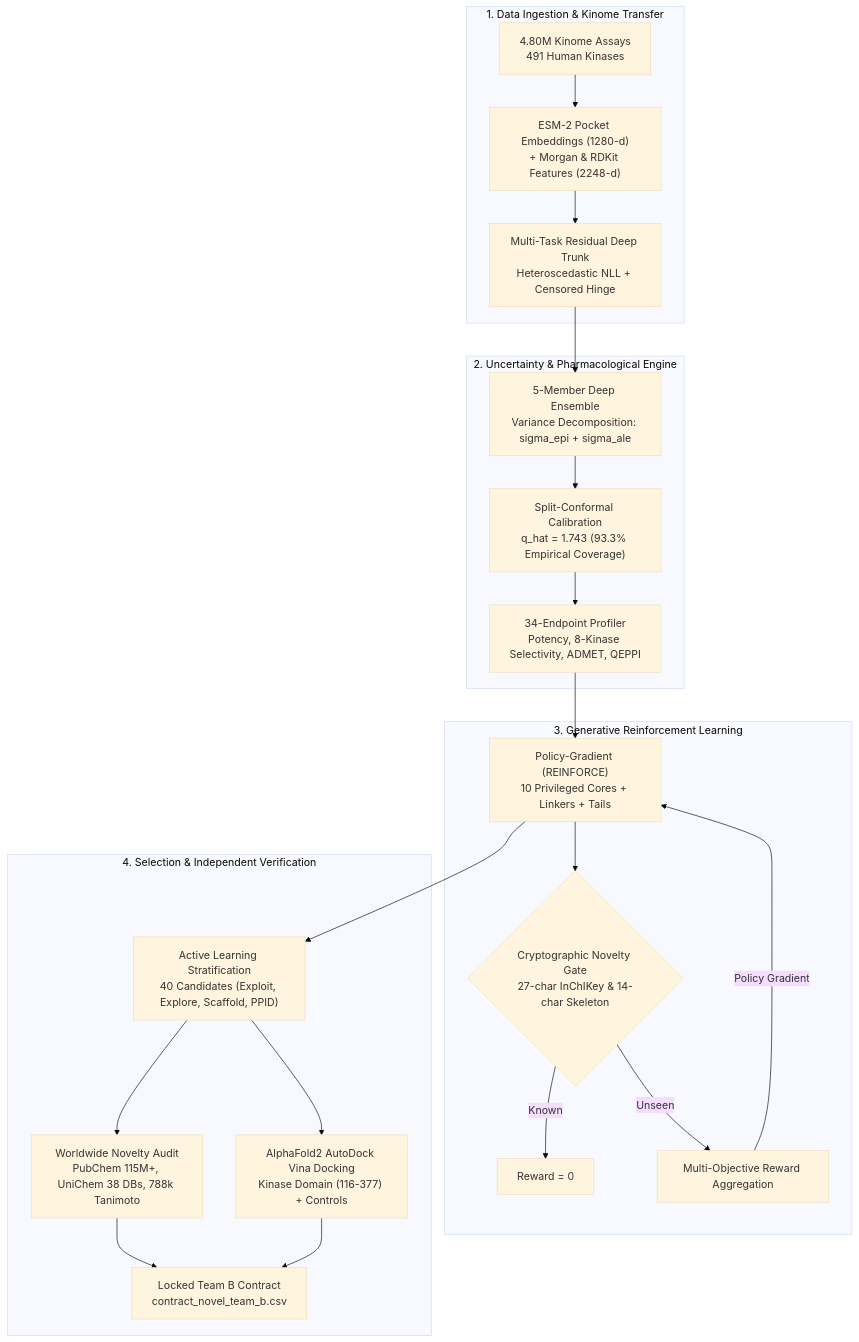
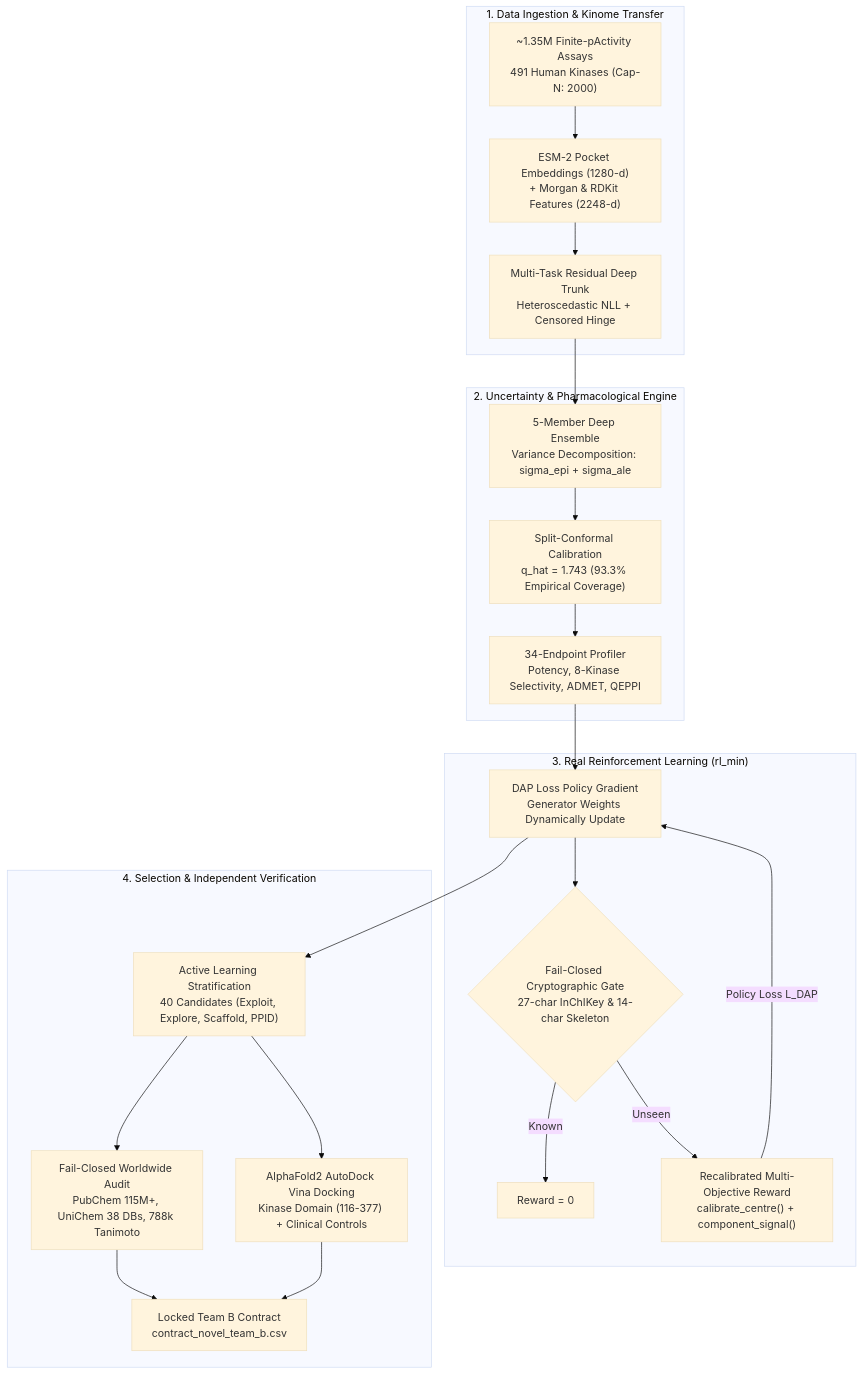
Before and after one commit to RathanPaida/Drug_discovery_research: the diagram in TNK1_PROJECT_MASTER_DOCUMENT.md, drawn with Mermaid (base theme). The commit also changed other lines of this file, not shown here.

Commit message:
Update TNK1 Master Document with Pipeline v2 architecture, silent defect diagnosis, DAP RL, and data scaling

````diff
--- a/TNK1_PROJECT_MASTER_DOCUMENT.md
+++ b/TNK1_PROJECT_MASTER_DOCUMENT.md
@@ -51,28 +52,28 @@
 ```mermaid
 flowchart TD
     subgraph S1["1. Data Ingestion & Kinome Transfer"]
-        D1["4.80M Kinome Assays\n491 Human Kinases"] --> T1["ESM-2 Pocket Embeddings (1280-d)\n+ Morgan & RDKit Features (2248-d)"]
+        D1["~1.35M Finite-pActivity Assays\n491 Human Kinases (Cap-N: 2000)"] --> T1["ESM-2 Pocket Embeddings (1280-d)\n+ Morgan & RDKit Features (2248-d)"]
         T1 --> M1["Multi-Task Residual Deep Trunk\nHeteroscedastic NLL + Censored Hinge"]
     end
 
     subgraph S2["2. Uncertainty & Pharmacological Engine"]
         M1 --> E1["5-Member Deep Ensemble\nVariance Decomposition: sigma_epi + sigma_ale"]
         E1 --> C1["Split-Conformal Calibration\nq_hat = 1.743 (93.3% Empirical Coverage)"]
         C1 --> P1["34-Endpoint Profiler\nPotency, 8-Kinase Selectivity, ADMET, QEPPI"]
     end
 
-    subgraph S3["3. Generative Reinforcement Learning"]
-        P1 --> RL1["Policy-Gradient (REINFORCE)\n10 Privileged Cores + Linkers + Tails"]
-        RL1 --> NOV1{"Cryptographic Novelty Gate\n27-char InChIKey & 14-char Skeleton"}
+    subgraph S3["3. Real Reinforcement Learning (rl_min)"]
+        P1 --> DAP1["DAP Loss Policy Gradient\nGenerator Weights Dynamically Update"]
+        DAP1 --> NOV1{"Fail-Closed Cryptographic Gate\n27-char InChIKey & 14-char Skeleton"}
         NOV1 -->|Known| R0["Reward = 0"]
-        NOV1 -->|Unseen| RW["Multi-Objective Reward Aggregation"]
-        RW -->|Policy Gradient| RL1
+        NOV1 -->|Unseen| RW["Recalibrated Multi-Objective Reward\ncalibrate_centre() + component_signal()"]
+        RW -->|Policy Loss L_DAP| DAP1
     end
 
     subgraph S4["4. Selection & Independent Verification"]
-        RL1 --> AL1["Active Learning Stratification\n40 Candidates (Exploit, Explore, Scaffold, PPID)"]
-        AL1 --> AUDIT["Worldwide Novelty Audit\nPubChem 115M+, UniChem 38 DBs, 788k Tanimoto"]
-        AL1 --> DOCK["AlphaFold2 AutoDock Vina Docking\nKinase Domain (116-377) + Controls"]
+        DAP1 --> AL1["Active Learning Stratification\n40 Candidates (Exploit, Explore, Scaffold, PPID)"]
+        AL1 --> AUDIT["Fail-Closed Worldwide Audit\nPubChem 115M+, UniChem 38 DBs, 788k Tanimoto"]
+        AL1 --> DOCK["AlphaFold2 AutoDock Vina Docking\nKinase Domain (116-377) + Clinical Controls"]
         AUDIT & DOCK --> CONT["Locked Team B Contract\ncontract_novel_team_b.csv"]
     end
 ```
````
